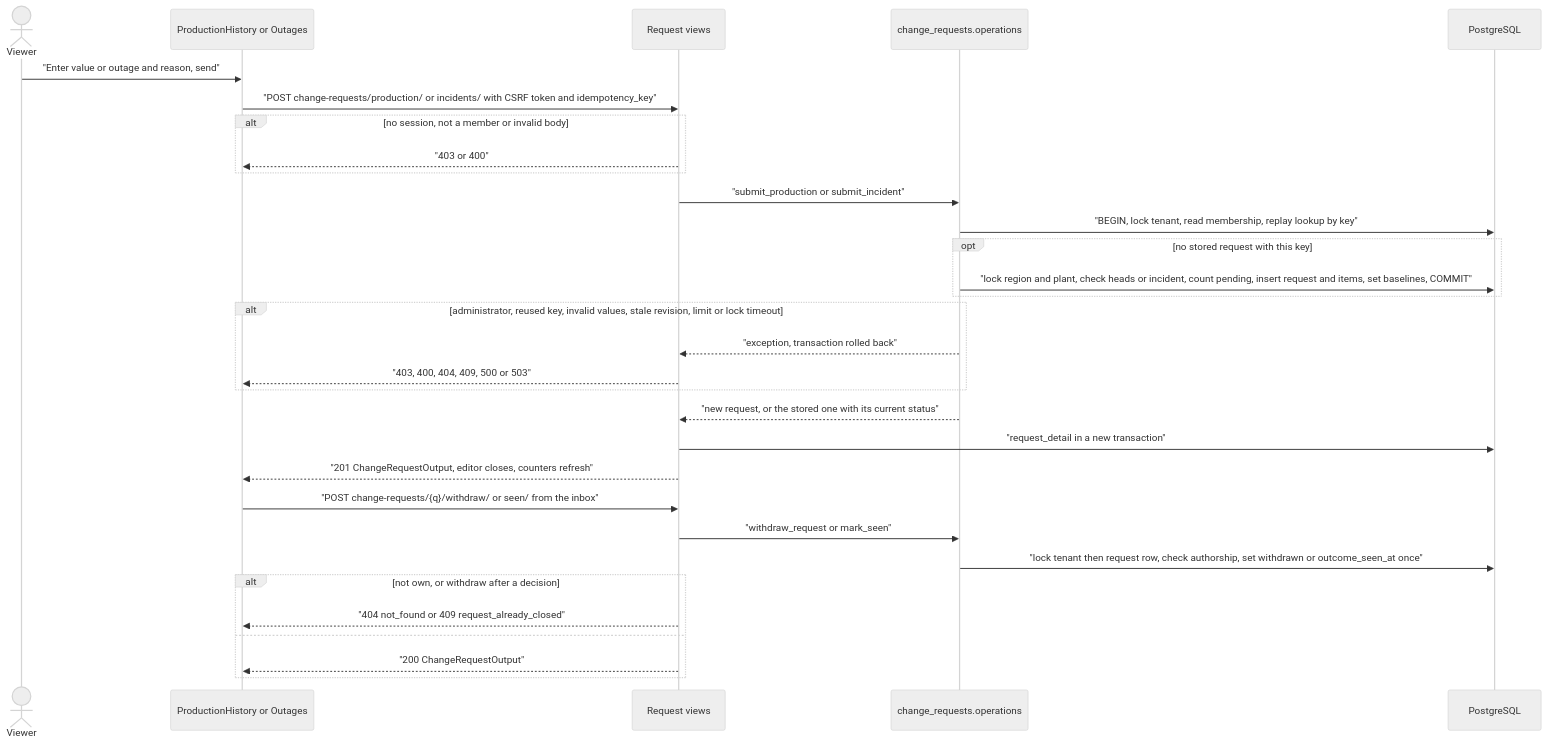
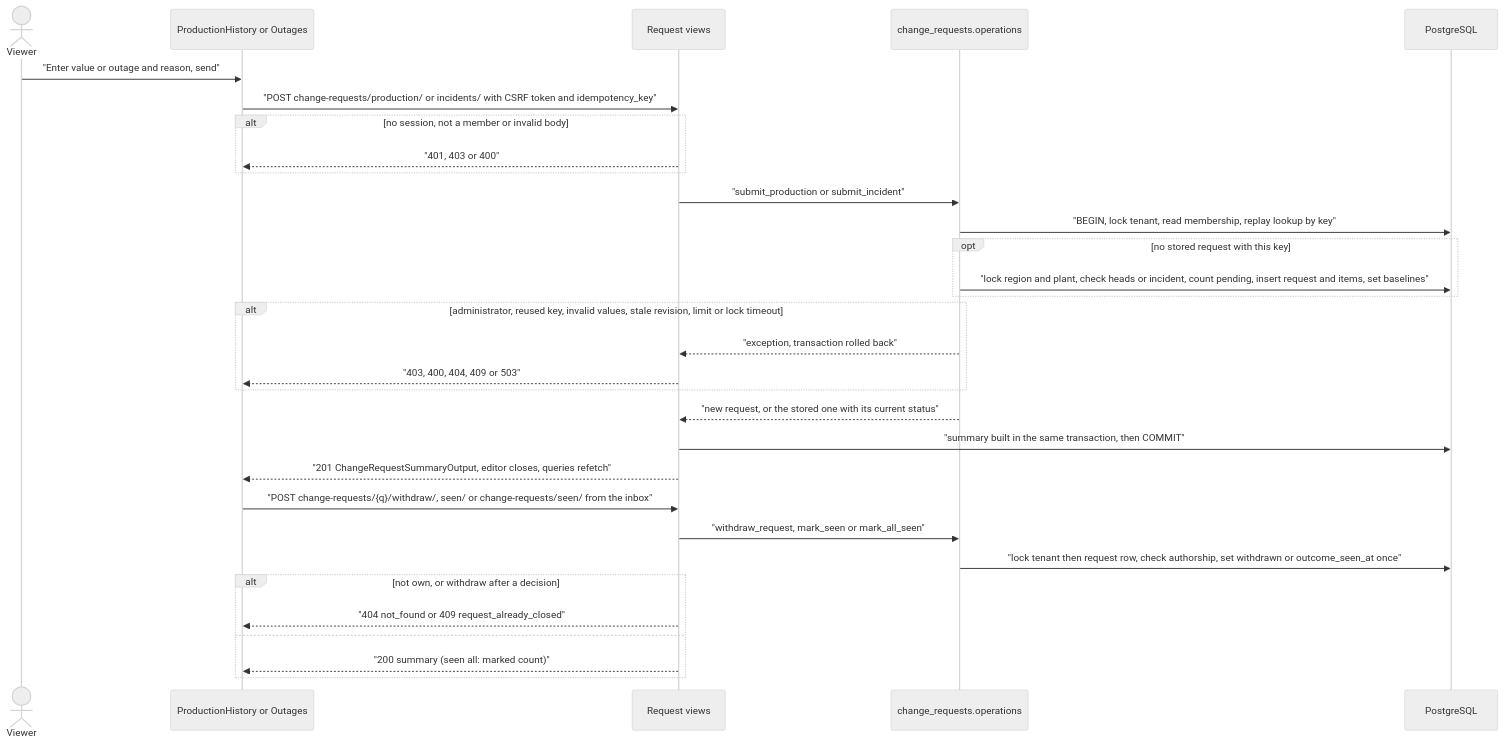
One commit to erkurtharun/pyracast changed the diagram in docs/flows/change-request-submission.md. Above: the diagram before and after it, drawn with Mermaid (neutral theme). The commit also changed other lines of this file and 85 other files, not shown here.

First line of the commit message:
Bring the flow pages in line with the code (#107)

````diff
--- a/docs/flows/change-request-submission.md
+++ b/docs/flows/change-request-submission.md
@@ -13,33 +13,33 @@
 ```mermaid
 sequenceDiagram
     actor V as Viewer
     participant UI as ProductionHistory or Outages
     participant API as Request views
     participant Op as change_requests.operations
     participant DB as PostgreSQL
     V->>UI: "Enter value or outage and reason, send"
     UI->>API: "POST change-requests/production/ or incidents/ with CSRF token and idempotency_key"
     alt no session, not a member or invalid body
-        API-->>UI: "403 or 400"
+        API-->>UI: "401, 403 or 400"
     end
     API->>Op: "submit_production or submit_incident"
     Op->>DB: "BEGIN, lock tenant, read membership, replay lookup by key"
     opt no stored request with this key
-        Op->>DB: "lock region and plant, check heads or incident, count pending, insert request and items, set baselines, COMMIT"
+        Op->>DB: "lock region and plant, check heads or incident, count pending, insert request and items, set baselines"
     end
     alt administrator, reused key, invalid values, stale revision, limit or lock timeout
         Op-->>API: "exception, transaction rolled back"
-        API-->>UI: "403, 400, 404, 409, 500 or 503"
+        API-->>UI: "403, 400, 404, 409 or 503"
     end
     Op-->>API: "new request, or the stored one with its current status"
-    API->>DB: "request_detail in a new transaction"
-    API-->>UI: "201 ChangeRequestOutput, editor closes, counters refresh"
-    UI->>API: "POST change-requests/{q}/withdraw/ or seen/ from the inbox"
-    API->>Op: "withdraw_request or mark_seen"
+    API->>DB: "summary built in the same transaction, then COMMIT"
+    API-->>UI: "201 ChangeRequestSummaryOutput, editor closes, queries refetch"
+    UI->>API: "POST change-requests/{q}/withdraw/, seen/ or change-requests/seen/ from the inbox"
+    API->>Op: "withdraw_request, mark_seen or mark_all_seen"
     Op->>DB: "lock tenant then request row, check authorship, set withdrawn or outcome_seen_at once"
     alt not own, or withdraw after a decision
         API-->>UI: "404 not_found or 409 request_already_closed"
     else
-        API-->>UI: "200 ChangeRequestOutput"
+        API-->>UI: "200 summary (seen all: marked count)"
     end
 ```
````
